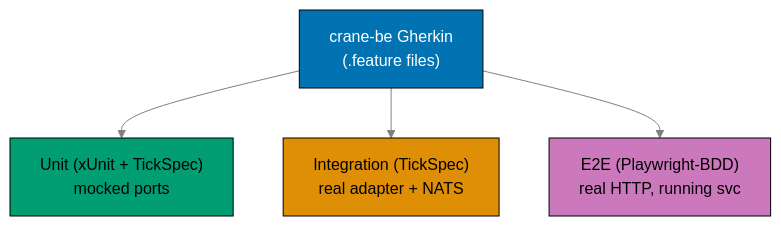
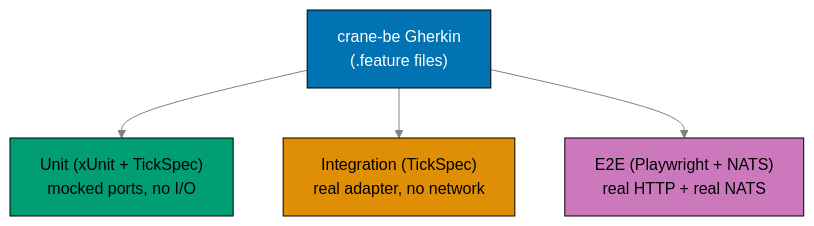
One commit to wahidyankf/baseerah changed the first of 3 diagrams in plans/in-progress/bootstrap-be-messaging-and-crane-media/prd.md. Above: the diagram before and after it, drawn with Mermaid. The commit also changed other lines of this file and 4 other files, not shown here.

````diff
--- a/plans/in-progress/bootstrap-be-messaging-and-crane-media/prd.md
+++ b/plans/in-progress/bootstrap-be-messaging-and-crane-media/prd.md
@@ -21,19 +21,19 @@
 ```mermaid
 %% Color-blind-friendly palette: blue #0173B2, orange #DE8F05, green #029E73, purple #CC78BC, grey #808080
 flowchart TB
   G["crane-be Gherkin<br/>(.feature files)"]
-  U["Unit (xUnit + TickSpec)<br/>mocked ports"]
-  I["Integration (TickSpec)<br/>real adapter + NATS"]
-  E["E2E (Playwright-BDD)<br/>real HTTP, running svc"]
+  U["Unit (xUnit + TickSpec)<br/>mocked ports, no I/O"]
+  I["Integration (TickSpec)<br/>real adapter, no network"]
+  E["E2E (Playwright + NATS)<br/>real HTTP + real NATS"]
 
   G --> U
   G --> I
   G --> E
 
   linkStyle default stroke:#808080,stroke-width:1px
 
   style G fill:#0173B2,stroke:#000000,color:#FFFFFF
   style U fill:#029E73,stroke:#000000,color:#000000
   style I fill:#DE8F05,stroke:#000000,color:#000000
   style E fill:#CC78BC,stroke:#000000,color:#000000
 ```
````
